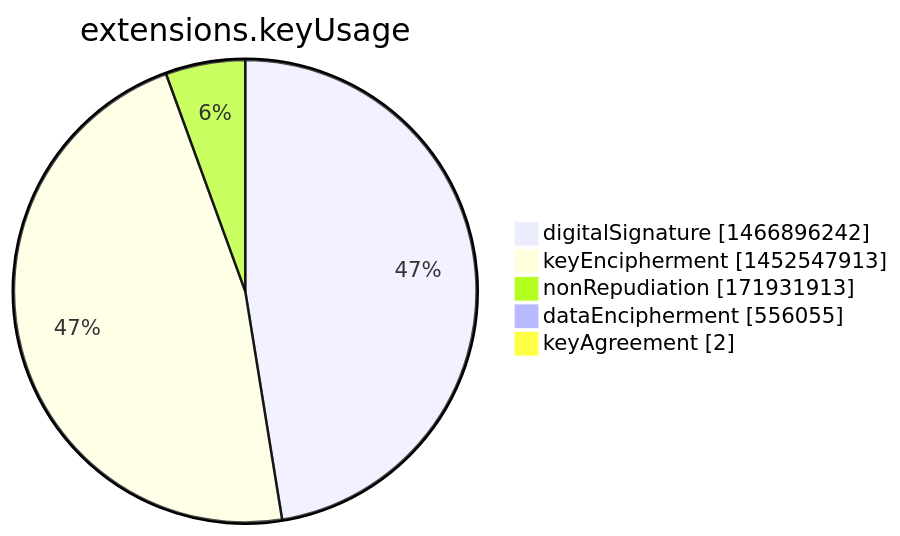
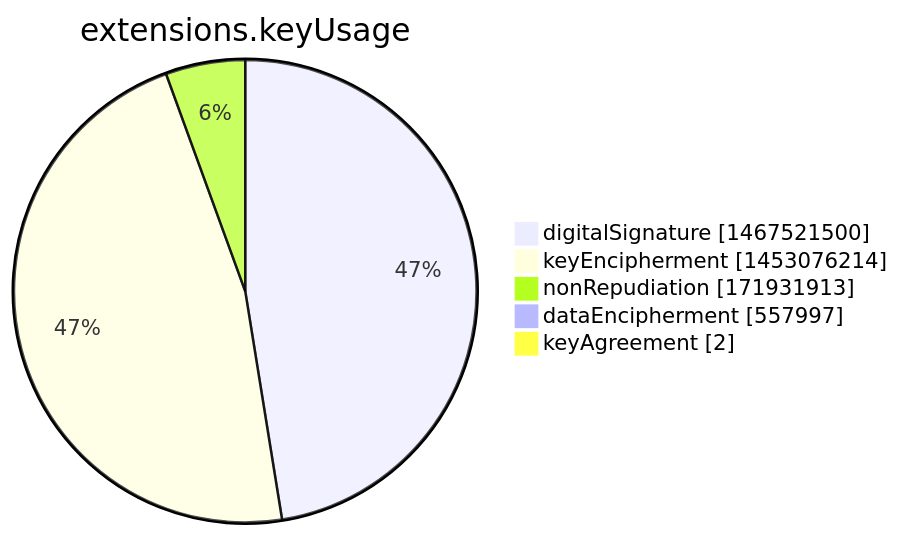
Before and after one commit to christiankrug/ctmonitor_visualization: the seventh of 15 diagrams in argon2022/README.md, drawn with Mermaid. The commit also changed other lines of this file, not shown here.

````diff
--- a/argon2022/README.md
+++ b/argon2022/README.md
@@ -2751,9 +2751,9 @@
 ```mermaid
 pie showData
 title extensions.keyUsage
-"digitalSignature" :1466896242
-"keyEncipherment" :1452547913
+"digitalSignature" :1467521500
+"keyEncipherment" :1453076214
 "nonRepudiation" :171931913
-"dataEncipherment" :556055
+"dataEncipherment" :557997
 "keyAgreement" :2
 ```
````
